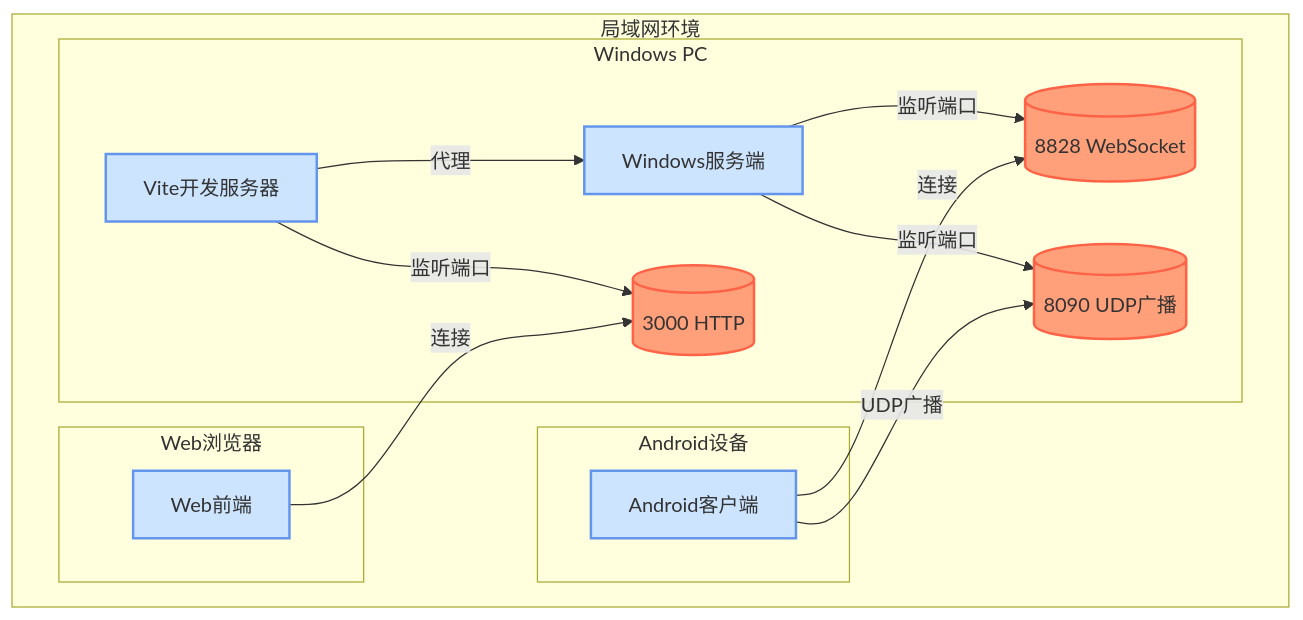
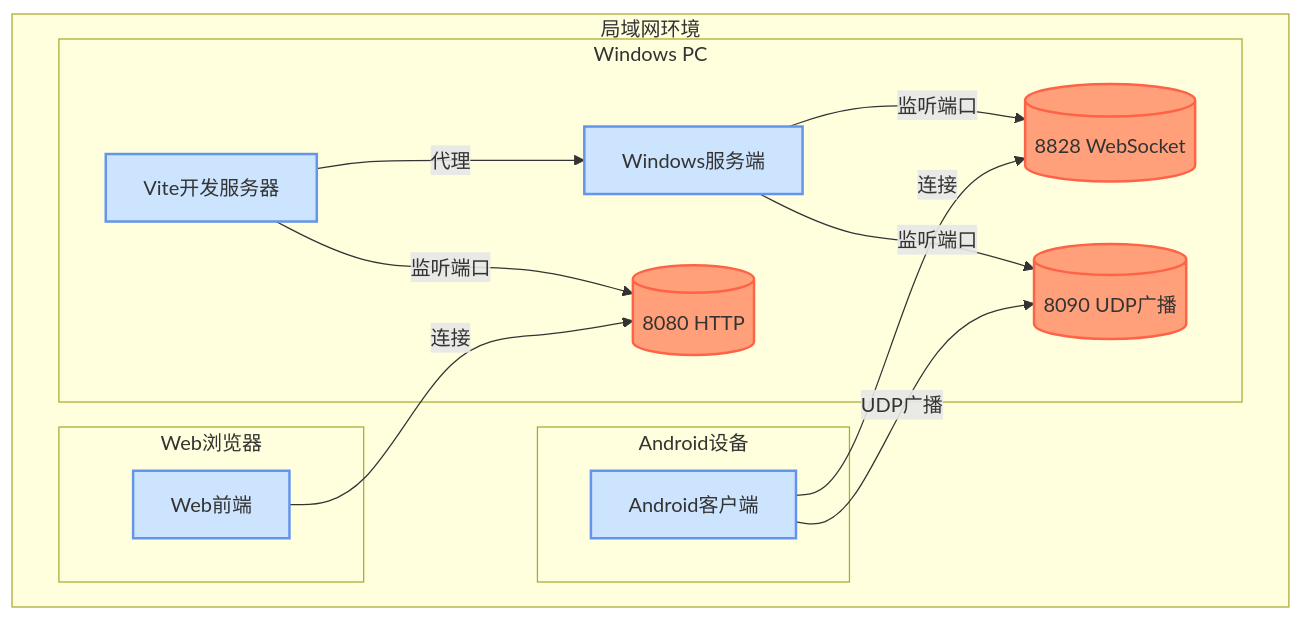
The first of 3 diagrams in 系统架构图.md (franxxyuri/YuukiWebSocket), drawn with Mermaid before and after one commit. The commit also changed other lines of this file and 57 other files, not shown here.

````diff
--- a/系统架构图.md
+++ b/系统架构图.md
@@ -5,30 +5,30 @@
 ```mermaid
 graph TD
     subgraph "局域网环境"
         subgraph "Windows PC"
             A[Windows服务端] -->|监听端口| A1[(8828 WebSocket)]
             A -->|监听端口| A2[(8090 UDP广播)]
-            B[Vite开发服务器] -->|监听端口| B1[(3000 HTTP)]
+            B[Vite开发服务器] -->|监听端口| B1[(8080 HTTP)]
             B -->|代理| A
         end
         
         subgraph "Android设备"
             C[Android客户端]
             C -->|连接| A1
             C -->|UDP广播| A2
         end
         
         subgraph "Web浏览器"
             D[Web前端]
             D -->|连接| B1
         end
     end
     
     style A fill:#cde4ff,stroke:#6495ED,stroke-width:2px
     style B fill:#cde4ff,stroke:#6495ED,stroke-width:2px
     style C fill:#cde4ff,stroke:#6495ED,stroke-width:2px
     style D fill:#cde4ff,stroke:#6495ED,stroke-width:2px
     style A1 fill:#ffa07a,stroke:#ff6347,stroke-width:2px
     style A2 fill:#ffa07a,stroke:#ff6347,stroke-width:2px
     style B1 fill:#ffa07a,stroke:#ff6347,stroke-width:2px
 ```
````
